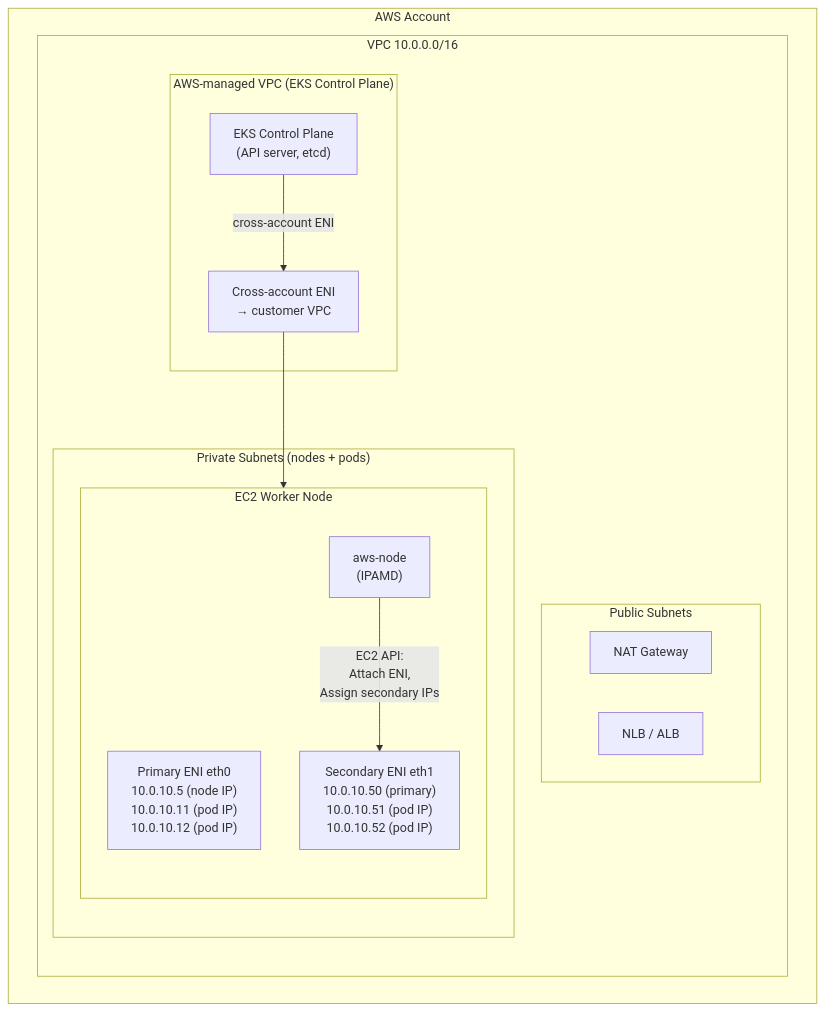
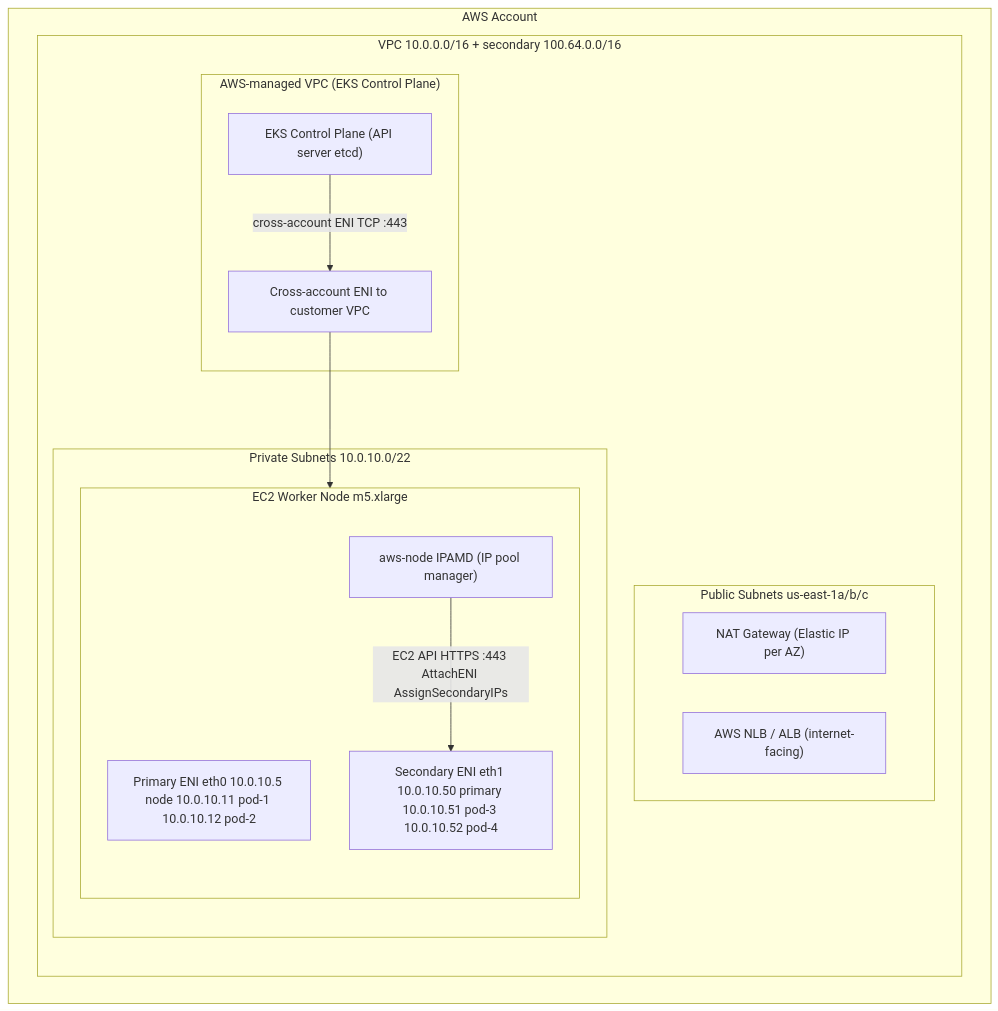
The first of 3 diagrams in lessons/29-aws-eks-networking.md (MykolaLebid/Kubernetes_networking_engineering), drawn with Mermaid before and after one commit. The commit also changed other lines of this file and 35 other files, not shown here.

First line of the commit message:
Restructure all 34 lessons: Theory/Practice split, richer diagrams, industry examples, navigation

````diff
--- a/lessons/29-aws-eks-networking.md
+++ b/lessons/29-aws-eks-networking.md
@@ -42,24 +19,24 @@
 ```mermaid
 flowchart TD
     subgraph AWS_Account["AWS Account"]
-        subgraph VPC["VPC 10.0.0.0/16"]
-            subgraph Pub["Public Subnets"]
-                NAT["NAT Gateway"]
-                NLB["NLB / ALB"]
+        subgraph VPC["VPC 10.0.0.0/16 + secondary 100.64.0.0/16"]
+            subgraph Pub["Public Subnets us-east-1a/b/c"]
+                NAT["NAT Gateway (Elastic IP per AZ)"]
+                NLB["AWS NLB / ALB (internet-facing)"]
             end
-            subgraph Priv["Private Subnets (nodes + pods)"]
-                subgraph Node1["EC2 Worker Node"]
-                    ETH0["Primary ENI eth0\n10.0.10.5 (node IP)\n10.0.10.11 (pod IP)\n10.0.10.12 (pod IP)"]
-                    ETH1["Secondary ENI eth1\n10.0.10.50 (primary)\n10.0.10.51 (pod IP)\n10.0.10.52 (pod IP)"]
-                    AWSNODE["aws-node\n(IPAMD)"]
+            subgraph Priv["Private Subnets 10.0.10.0/22"]
+                subgraph Node1["EC2 Worker Node m5.xlarge"]
+                    ETH0["Primary ENI eth0 10.0.10.5 node 10.0.10.11 pod-1 10.0.10.12 pod-2"]
+                    ETH1["Secondary ENI eth1 10.0.10.50 primary 10.0.10.51 pod-3 10.0.10.52 pod-4"]
+                    AWSNODE["aws-node IPAMD (IP pool manager)"]
                 end
             end
             subgraph CP_NET["AWS-managed VPC (EKS Control Plane)"]
-                CP["EKS Control Plane\n(API server, etcd)"]
-                CPENI["Cross-account ENI\n→ customer VPC"]
+                CP["EKS Control Plane (API server etcd)"]
+                CPENI["Cross-account ENI to customer VPC"]
             end
         end
     end
-    CP -- "cross-account ENI" --> CPENI --> Node1
-    AWSNODE -- "EC2 API:\nAttach ENI,\nAssign secondary IPs" --> ETH1
+    CP --"cross-account ENI TCP :443"--> CPENI --> Node1
+    AWSNODE --"EC2 API HTTPS :443 AttachENI AssignSecondaryIPs"--> ETH1
 ```
````
